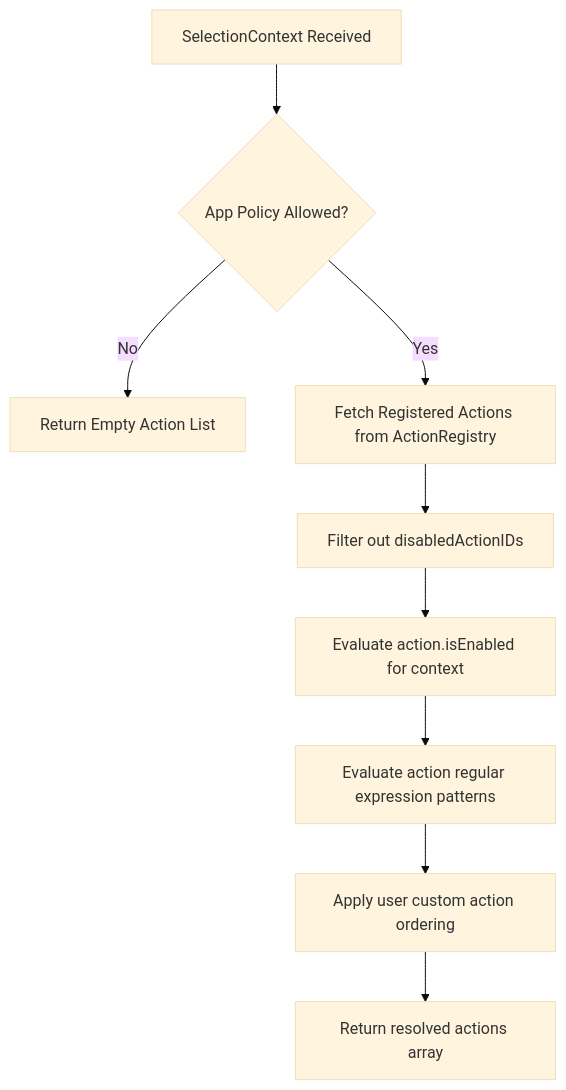
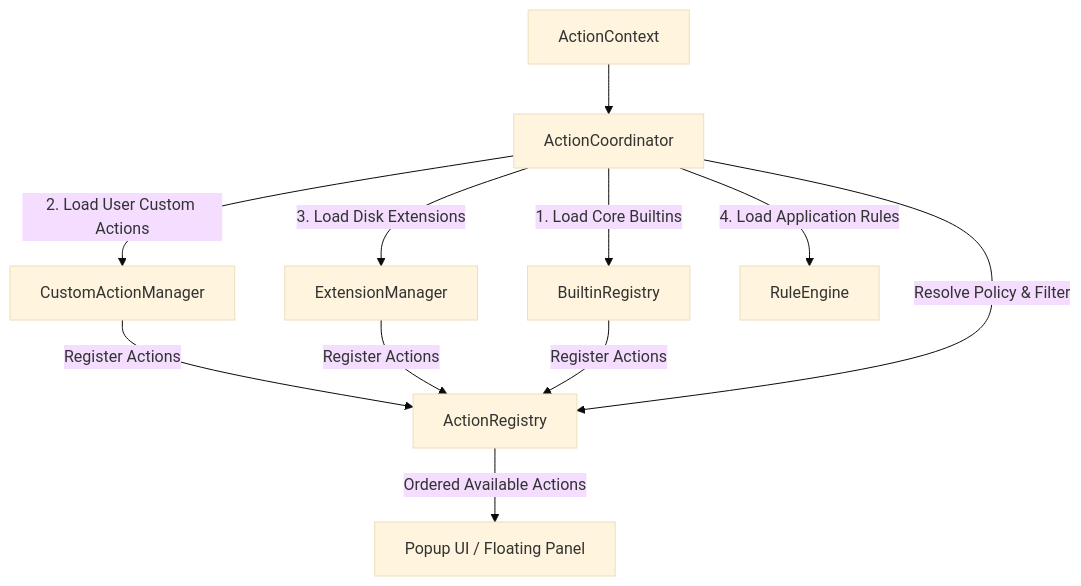
One commit to ganeshmshetty/openclip changed the diagram in docs/architecture/action-coordinator.md. Above: the diagram before and after it, drawn with Mermaid (base theme). The commit also changed other lines of this file and 127 other files, not shown here.

````diff
--- a/docs/architecture/action-coordinator.md
+++ b/docs/architecture/action-coordinator.md
@@ -40,11 +9,15 @@
 ```mermaid
 flowchart TD
-    Context[SelectionContext Received] --> PolicyCheck{App Policy Allowed?}
-    PolicyCheck -->|No| Empty[Return Empty Action List]
-    PolicyCheck -->|Yes| FetchRegistered[Fetch Registered Actions from ActionRegistry]
-    FetchRegistered --> FilterDisabled[Filter out disabledActionIDs]
-    FilterDisabled --> FilterEnabled[Evaluate action.isEnabled for context]
-    FilterEnabled --> FilterRegex[Evaluate action regular expression patterns]
-    FilterRegex --> OrderActions[Apply user custom action ordering]
-    OrderActions --> Output[Return resolved actions array]
+ AC[ActionCoordinator] -->|1. Load Core Builtins| BR[BuiltinRegistry]
+ AC -->|2. Load User Custom Actions| CAM[CustomActionManager]
+ AC -->|3. Load Disk Extensions| EM[ExtensionManager]
+ AC -->|4. Load Application Rules| RE[RuleEngine]
+
+ CAM -->|Register Actions| AR[ActionRegistry]
+ EM -->|Register Actions| AR
+ BR -->|Register Actions| AR
+
+ Context[ActionContext] --> AC
+ AC -->|Resolve Policy & Filter| AR
+ AR -->|Ordered Available Actions| UI[Popup UI / Floating Panel]
 ```
````
